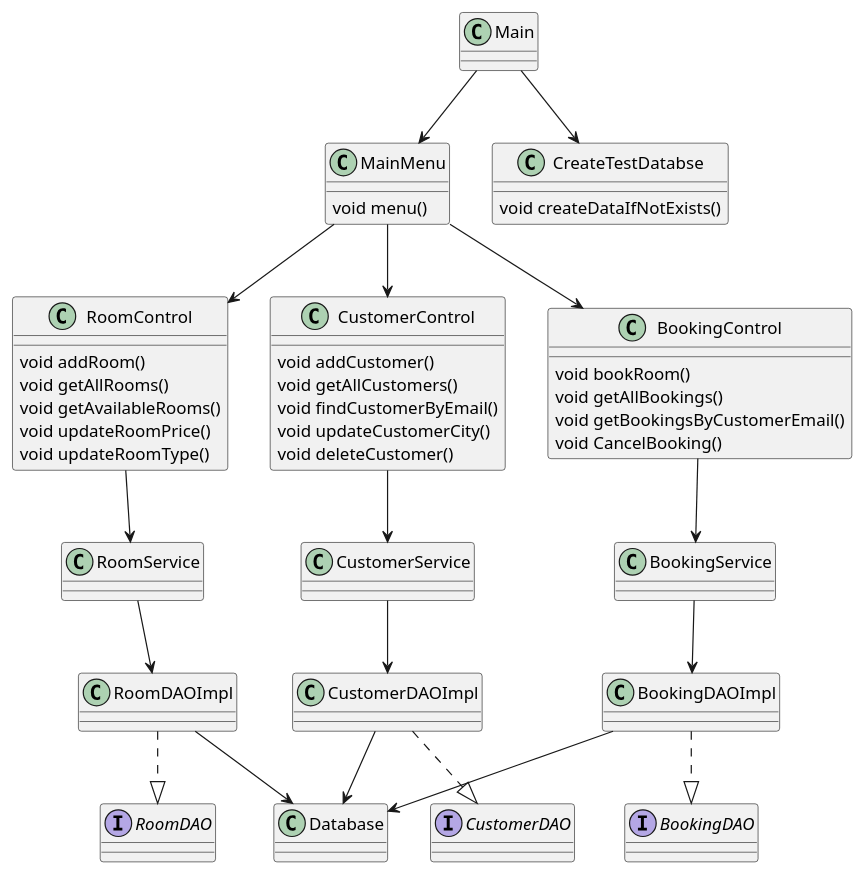
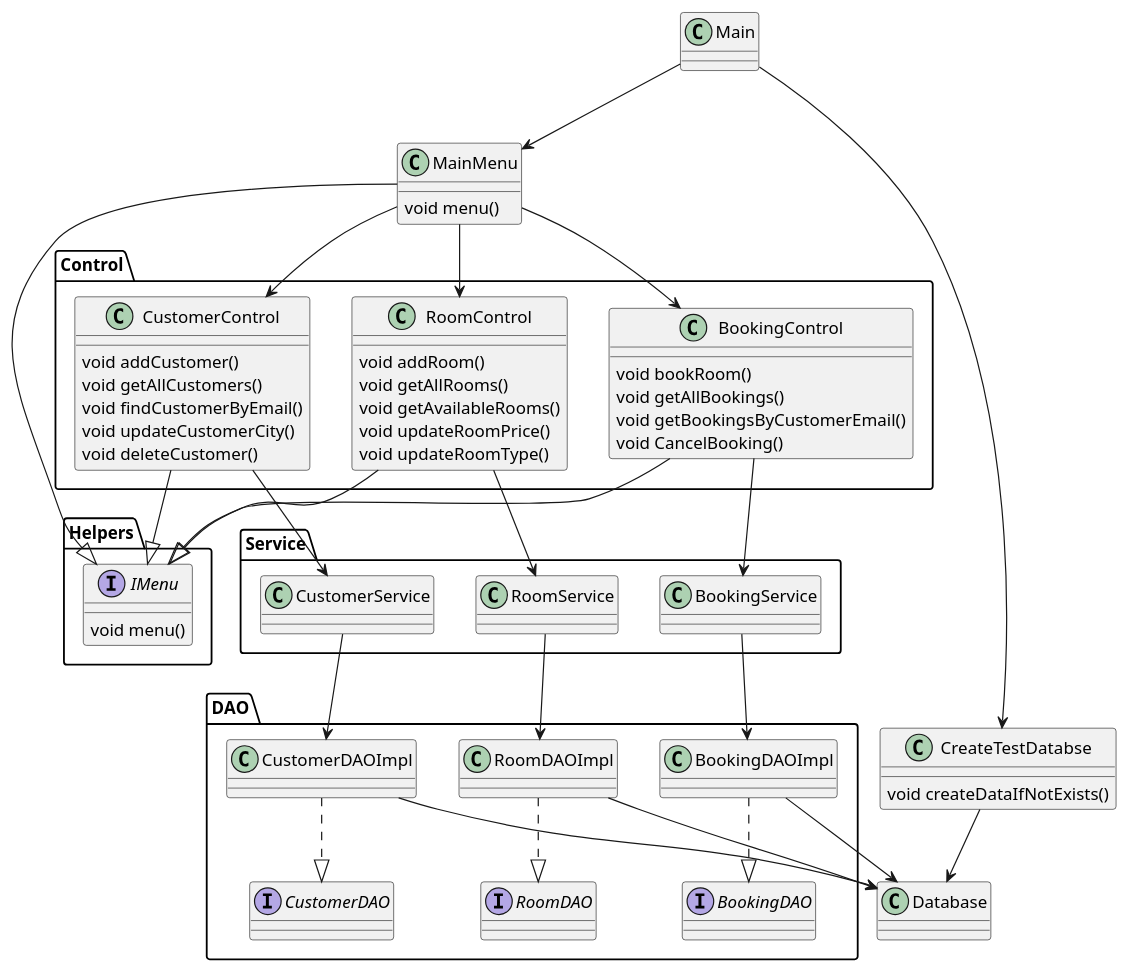
Before and after one commit to Basta-Gruppen-Java-2025-kurs/hotelDB: the diagram in models/classes.puml, drawn with PlantUML.

Commit message:
* Update class diagram

```diff
--- a/models/classes.puml
+++ b/models/classes.puml
@@ -1,87 +1,96 @@
 @startuml
 'https://plantuml.com/class-diagram
 
 class Main {
 
 }
 
 class Database {
 }
 
-interface RoomDAO {
+interface DAO.RoomDAO {
 }
 
-interface CustomerDAO {
+interface DAO.CustomerDAO {
 }
 
-interface BookingDAO {
+interface DAO.BookingDAO {
 }
 
-class RoomDAOImpl {
+interface Helpers.IMenu {
+void menu()
 }
 
-class RoomControl {
+class DAO.RoomDAOImpl {
+}
+
+class Control.RoomControl {
 void addRoom()
 void getAllRooms()
 void getAvailableRooms()
 void updateRoomPrice()
 void updateRoomType()
 }
 
-class RoomService {
+class Service.RoomService {
 }
 
-class CustomerDAOImpl {
+class DAO.CustomerDAOImpl {
 }
 
-class CustomerControl {
+class Control.CustomerControl {
 void addCustomer()
 void getAllCustomers()
 void findCustomerByEmail()
 void updateCustomerCity()
 void deleteCustomer()
 }
 
-class CustomerService {
+class Service.CustomerService {
 }
 
-class BookingDAOImpl {
+class DAO.BookingDAOImpl {
 }
 
-class BookingControl {
+class Control.BookingControl {
 void bookRoom()
 void getAllBookings()
 void getBookingsByCustomerEmail()
 void CancelBooking()
 }
 
-class BookingService {
+class Service.BookingService {
 }
 
 class MainMenu {
 void menu()
 }
 
 class CreateTestDatabse {
 void createDataIfNotExists()
 }
 
-RoomDAOImpl ..|> RoomDAO
-CustomerDAOImpl ..|> CustomerDAO
-BookingDAOImpl ..|> BookingDAO
+DAO.RoomDAOImpl ..|> DAO.RoomDAO
+DAO.CustomerDAOImpl ..|> DAO.CustomerDAO
+DAO.BookingDAOImpl ..|> DAO.BookingDAO
 Main --> CreateTestDatabse
 Main --> MainMenu
-MainMenu --> CustomerControl
-MainMenu --> RoomControl
-MainMenu --> BookingControl
-CustomerControl --> CustomerService
-CustomerService --> CustomerDAOImpl
-RoomControl --> RoomService
-RoomService --> RoomDAOImpl
-BookingControl --> BookingService
-BookingService --> BookingDAOImpl
-RoomDAOImpl --> Database
-CustomerDAOImpl --> Database
-BookingDAOImpl --> Database
+MainMenu --> Control.CustomerControl
+MainMenu --> Control.RoomControl
+MainMenu --> Control.BookingControl
+Control.CustomerControl --> Service.CustomerService
+Service.CustomerService --> DAO.CustomerDAOImpl
+Control.RoomControl --> Service.RoomService
+Service.RoomService --> DAO.RoomDAOImpl
+Control.BookingControl --> Service.BookingService
+Service.BookingService --> DAO.BookingDAOImpl
+DAO.RoomDAOImpl --> Database
+DAO.CustomerDAOImpl --> Database
+DAO.BookingDAOImpl --> Database
+Control.RoomControl --|> Helpers.IMenu
+Control.CustomerControl --|> Helpers.IMenu
+Control.BookingControl --|> Helpers.IMenu
+MainMenu --|> IMenu
+CreateTestDatabse --> Database
 
 @enduml
```
